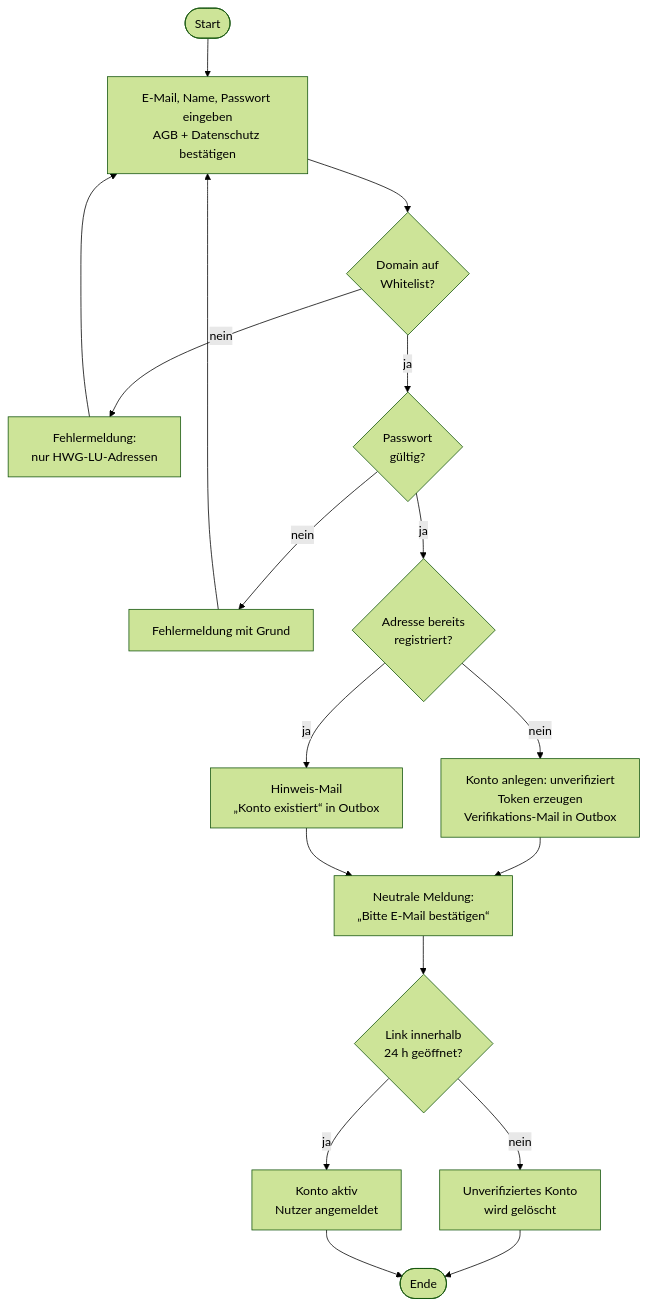
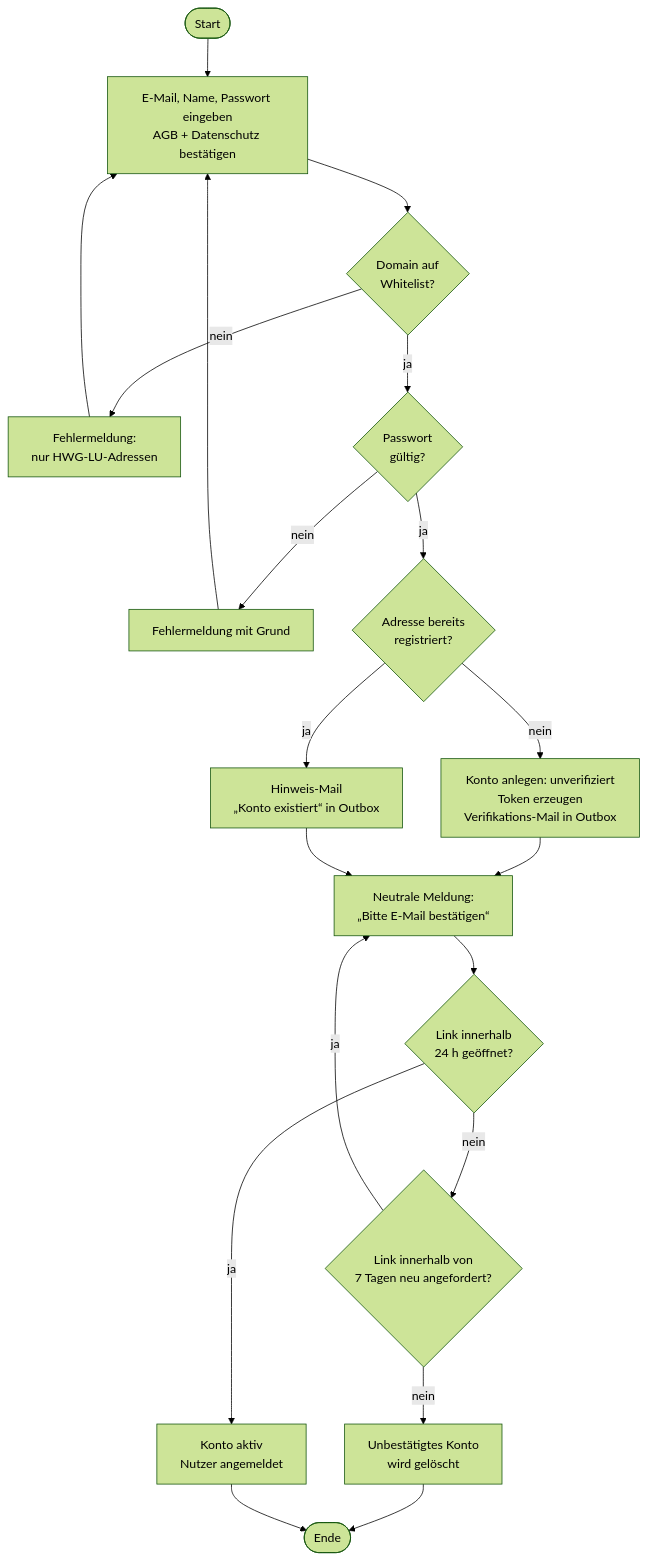
The sixth of 8 diagrams in docs/02-anforderungen/01-use-cases.md (CaRo10Robert/SWeng_projekt2026), drawn with Mermaid (forest theme) before and after one commit. The commit also changed other lines of this file and 114 other files, not shown here.

````diff
--- a/docs/02-anforderungen/01-use-cases.md
+++ b/docs/02-anforderungen/01-use-cases.md
@@ -303,16 +304,18 @@
 ```mermaid
 flowchart TD
     S([Start]) --> A[E-Mail, Name, Passwort eingeben<br/>AGB + Datenschutz bestätigen]
     A --> B{Domain auf<br/>Whitelist?}
     B -- nein --> E1[Fehlermeldung:<br/>nur HWG-LU-Adressen] --> A
     B -- ja --> C{Passwort<br/>gültig?}
     C -- nein --> E2[Fehlermeldung mit Grund] --> A
     C -- ja --> D{Adresse bereits<br/>registriert?}
     D -- ja --> F2[Hinweis-Mail<br/>„Konto existiert“ in Outbox]
     D -- nein --> F1[Konto anlegen: unverifiziert<br/>Token erzeugen<br/>Verifikations-Mail in Outbox]
     F1 --> G[Neutrale Meldung:<br/>„Bitte E-Mail bestätigen“]
     F2 --> G
     G --> H{Link innerhalb<br/>24 h geöffnet?}
-    H -- nein --> X[Unverifiziertes Konto<br/>wird gelöscht] --> Z([Ende])
+    H -- nein --> R{Link innerhalb von<br/>7 Tagen neu angefordert?}
+    R -- ja --> G
+    R -- nein --> X[Unbestätigtes Konto<br/>wird gelöscht] --> Z([Ende])
     H -- ja --> I[Konto aktiv<br/>Nutzer angemeldet] --> Z
 ```
````
